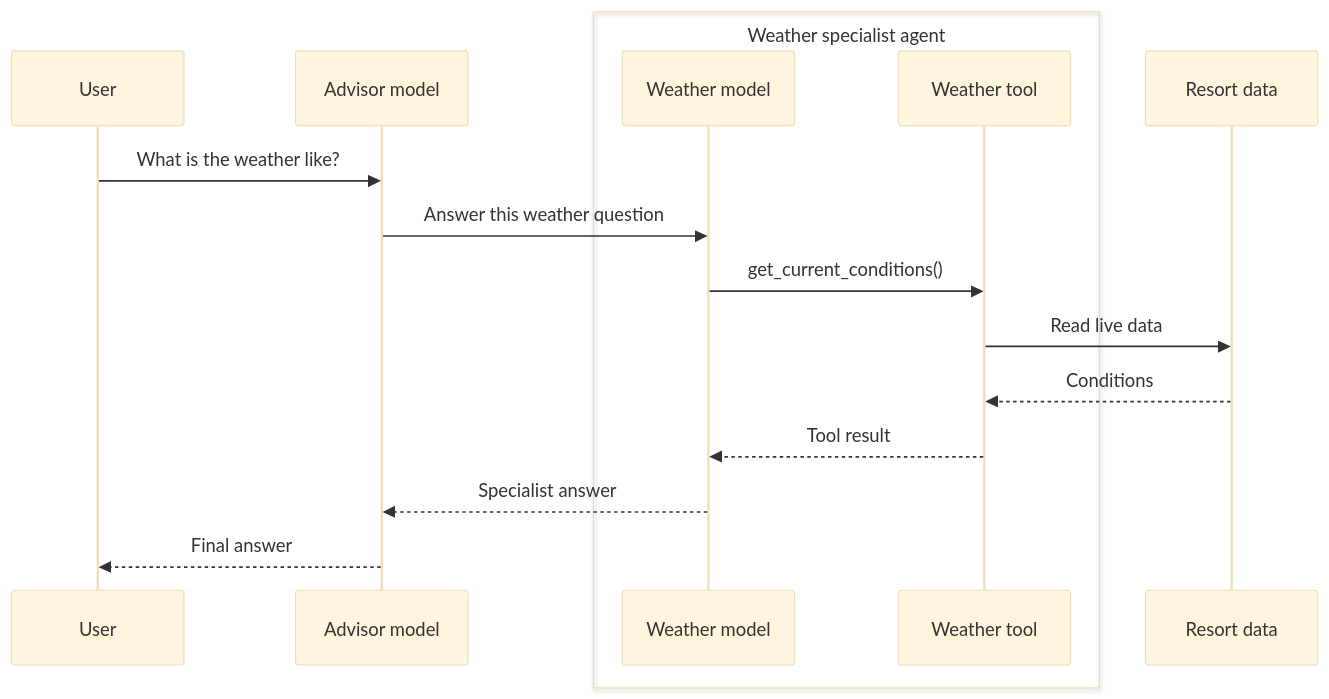
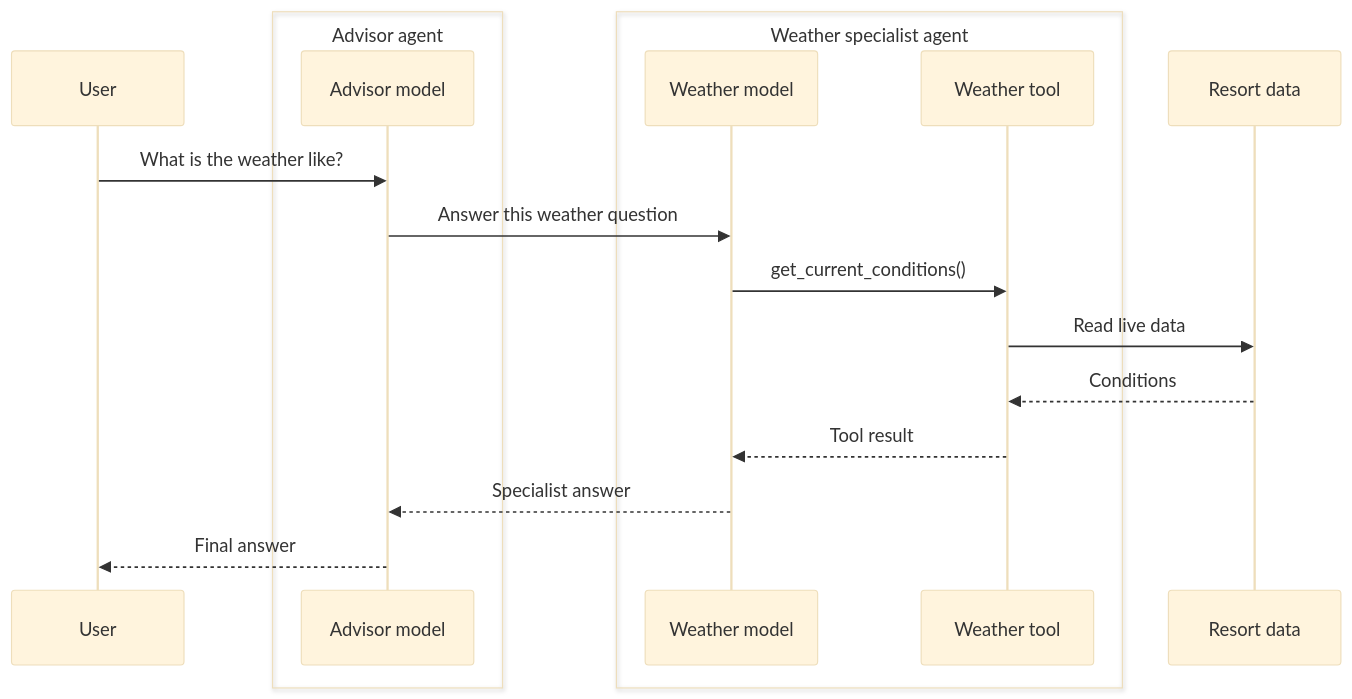
Before and after one commit to tommasodotNET/ski-resort-demo: the first of 2 diagrams in BLOG_DISTRIBUTED_AGENT_SKILLS.md, drawn with Mermaid (base theme).

Commit message:
docs: group advisor model in sequence diagram

````diff
--- a/BLOG_DISTRIBUTED_AGENT_SKILLS.md
+++ b/BLOG_DISTRIBUTED_AGENT_SKILLS.md
@@ -27,18 +27,20 @@
 ```mermaid
 sequenceDiagram
     participant U as User
-    participant O as Advisor model
+    box Advisor agent
+        participant O as Advisor model
+    end
     box Weather specialist agent
         participant A as Weather model
         participant T as Weather tool
     end
     participant D as Resort data
     U->>O: What is the weather like?
     O->>A: Answer this weather question
     A->>T: get_current_conditions()
     T->>D: Read live data
     D-->>T: Conditions
     T-->>A: Tool result
     A-->>O: Specialist answer
     O-->>U: Final answer
 ```
````
